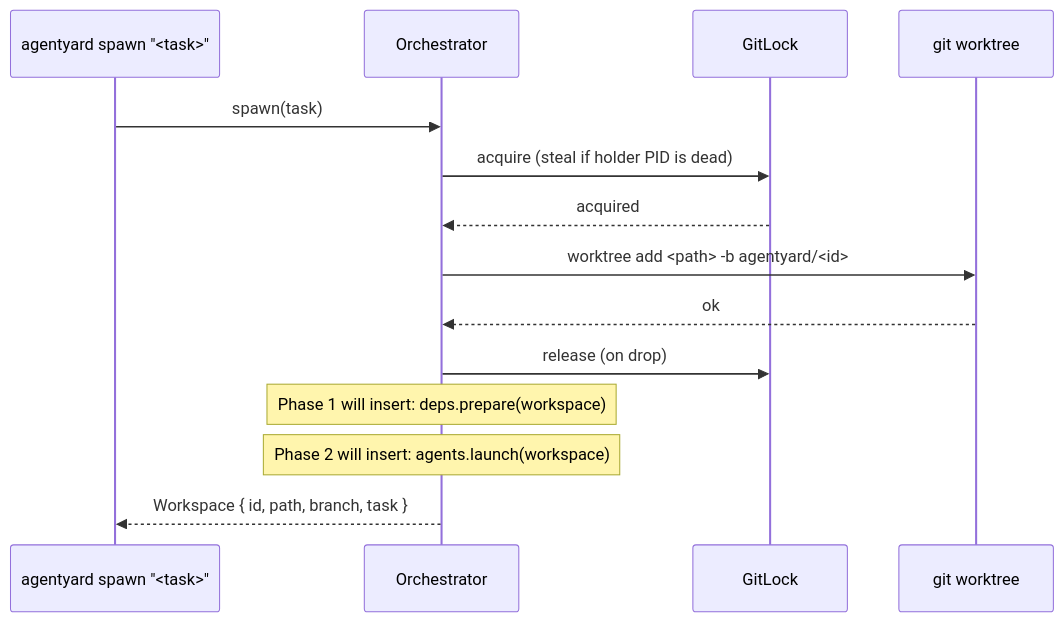
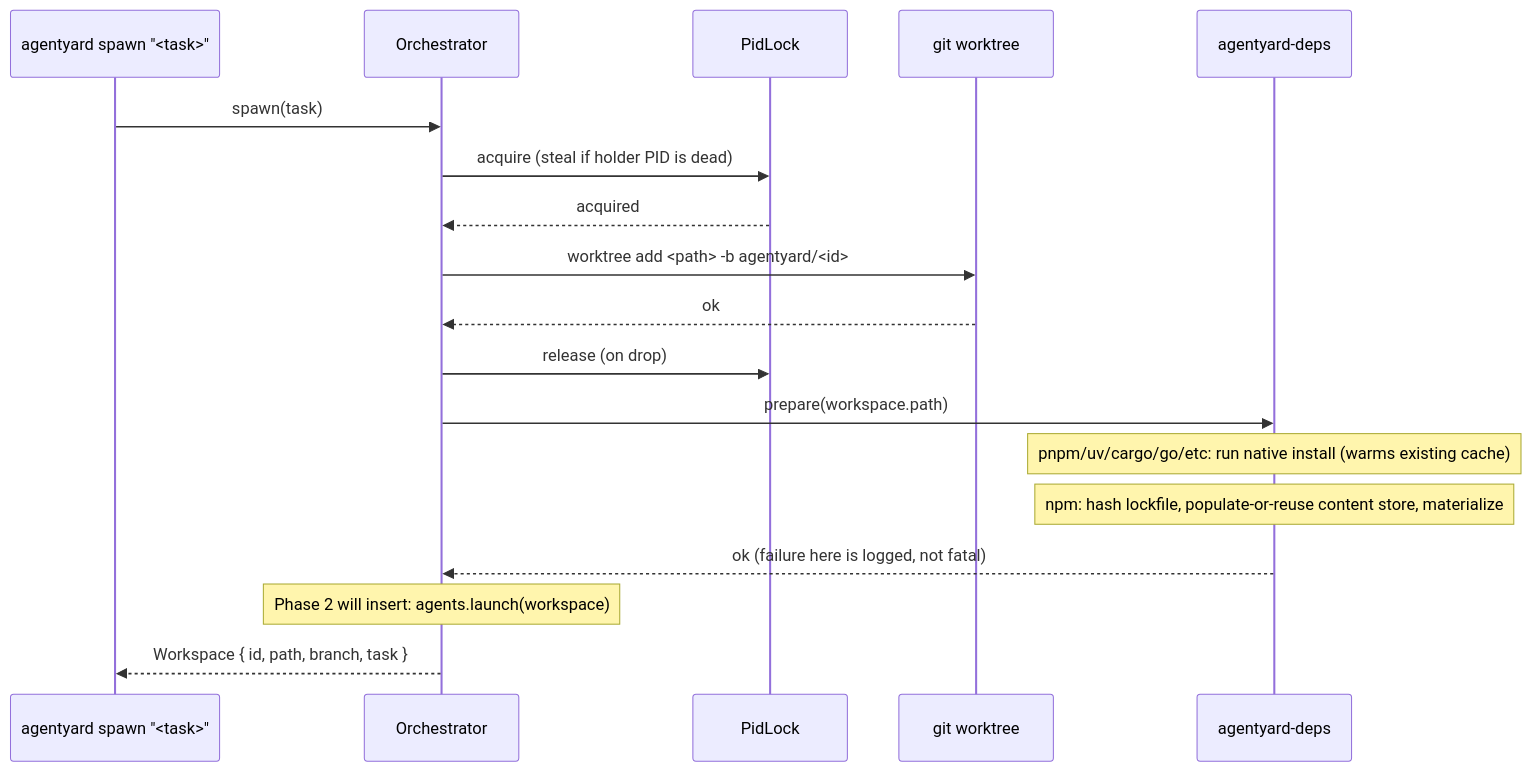
One commit to zekariasasaminew/pact changed the second of 2 diagrams in README.md. Above: the diagram before and after it, drawn with Mermaid. The commit also changed other lines of this file, not shown here.

First line of the commit message:
Document Phase 1: dependency broker

````diff
--- a/README.md
+++ b/README.md
@@ -128,17 +157,21 @@
 ```mermaid
 sequenceDiagram
     participant U as agentyard spawn "<task>"
     participant Core as Orchestrator
-    participant Lock as GitLock
+    participant Lock as PidLock
     participant Git as git worktree
+    participant Deps as agentyard-deps
 
     U->>Core: spawn(task)
     Core->>Lock: acquire (steal if holder PID is dead)
     Lock-->>Core: acquired
     Core->>Git: worktree add <path> -b agentyard/<id>
     Git-->>Core: ok
     Core->>Lock: release (on drop)
-    Note over Core: Phase 1 will insert: deps.prepare(workspace)
+    Core->>Deps: prepare(workspace.path)
+    Note over Deps: pnpm/uv/cargo/go/etc: run native install (warms existing cache)
+    Note over Deps: npm: hash lockfile, populate-or-reuse content store, materialize
+    Deps-->>Core: ok (failure here is logged, not fatal)
     Note over Core: Phase 2 will insert: agents.launch(workspace)
     Core-->>U: Workspace { id, path, branch, task }
 ```
````
